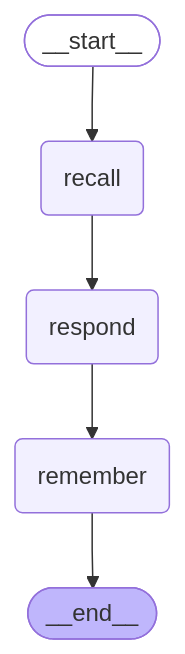
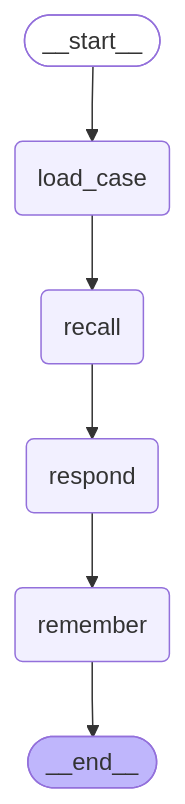
One commit to garyamorris/langgraph-studio-cookbook changed the diagram in docs/examples/memory_concierge.md. Above: the diagram before and after it, drawn with Mermaid. The commit also changed other lines of this file and 65 other files, not shown here.

````diff
--- a/docs/examples/memory_concierge.md
+++ b/docs/examples/memory_concierge.md
@@ -108,21 +126,23 @@
 ```mermaid
 ---
 config:
   flowchart:
     curve: linear
 ---
 graph TD;
 	__start__([<p>__start__</p>]):::first
+	load_case(load_case)
 	recall(recall)
 	respond(respond)
 	remember(remember)
 	__end__([<p>__end__</p>]):::last
-	__start__ --> recall;
+	__start__ --> load_case;
+	load_case --> recall;
 	recall --> respond;
 	respond --> remember;
 	remember --> __end__;
 	classDef default fill:#f2f0ff,line-height:1.2
 	classDef first fill-opacity:0
 	classDef last fill:#bfb6fc
 
 ```
````
